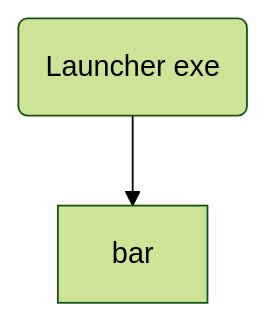
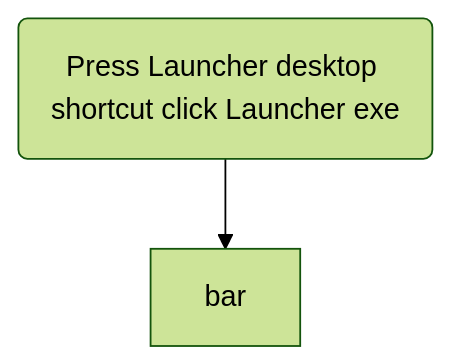
One commit to funjobie/OpenSwordArtsVR changed diagram 15 of 16 in sandbox/MerMaid_diagram_integration.md. Above: the diagram before and after it, drawn with Mermaid (forest theme). The commit also changed other lines of this file, not shown here.

Commit message:
refine troubleshooting example

````diff
--- a/sandbox/MerMaid_diagram_integration.md
+++ b/sandbox/MerMaid_diagram_integration.md
@@ -200,4 +200,4 @@
 ```mermaid
 flowchart TD
-    foo("Launcher exe") --> bar
+    foo("Press Launcher desktop shortcut click Launcher exe") --> bar
 ```
````
